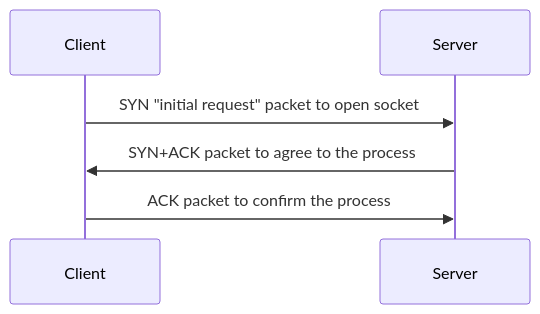
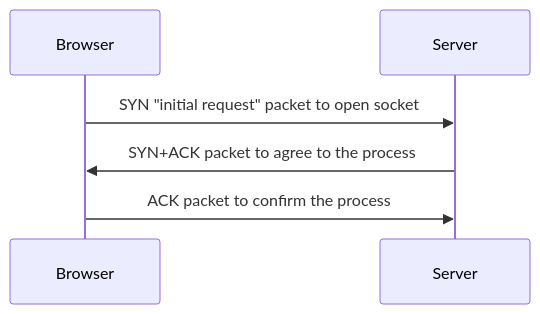
One commit to AustinGil/presentations changed the first of 2 diagrams in make-div.md. Above: the diagram before and after it, drawn with Mermaid. The commit also changed other lines of this file and 2 other files, not shown here.

````diff
--- a/make-div.md
+++ b/make-div.md
@@ -800,6 +802,6 @@
 ```mermaid {theme: 'default'}
 sequenceDiagram
-Client->>Server: SYN "initial request" packet to open socket
-Server->> Client: SYN+ACK packet to agree to the process
-Client->>Server: ACK packet to confirm the process
+Browser->>Server: SYN "initial request" packet to open socket
+Server->> Browser: SYN+ACK packet to agree to the process
+Browser->>Server: ACK packet to confirm the process
 ```
````
